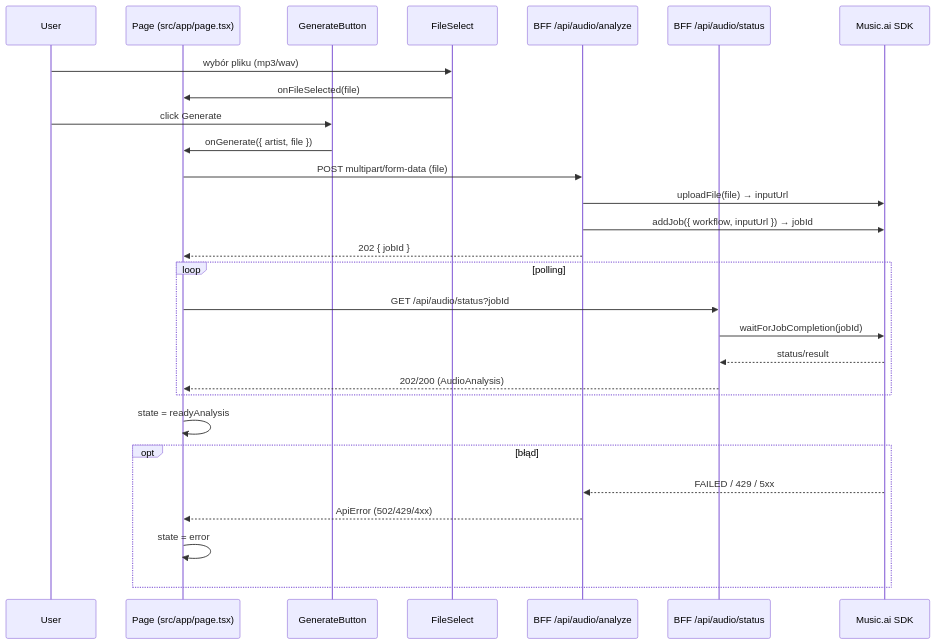
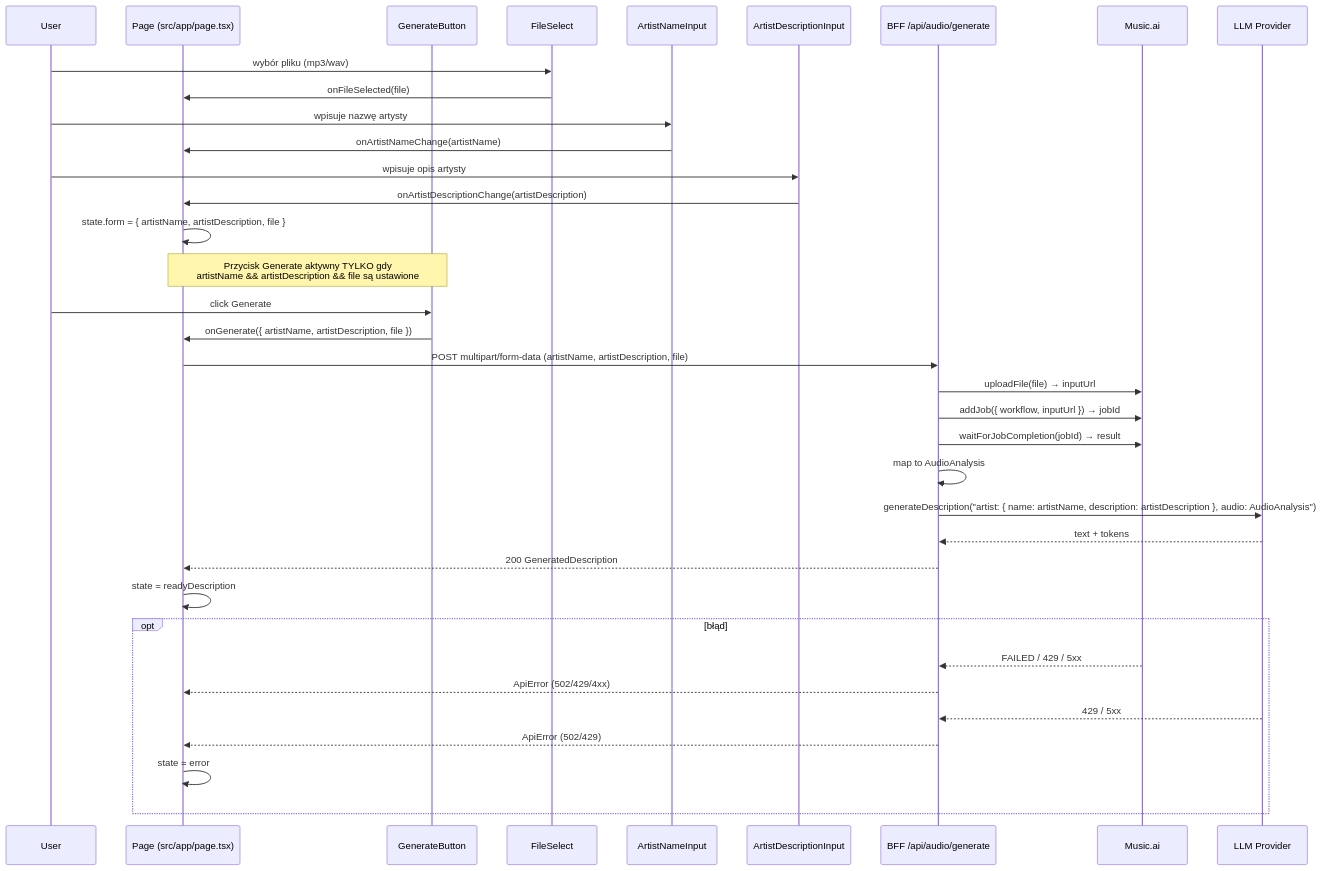
Before and after one commit to RafalWojciechRolsky/artist-amplifier: the second of 3 diagrams in docs/architecture.md, drawn with Mermaid. The commit also changed other lines of this file and 5 other files, not shown here.

Commit message:
refactor: simplify MVP architecture by merging BFF endpoints and removing streaming

````diff
--- a/docs/architecture.md
+++ b/docs/architecture.md
@@ -393,32 +330,49 @@
 ```mermaid
 sequenceDiagram
   participant U as User
   participant P as Page (src/app/page.tsx)
   participant G as GenerateButton
   participant FU as FileSelect
-  participant API as BFF /api/audio/analyze
-  participant APIS as BFF /api/audio/status
-  participant MAI as Music.ai SDK
+  participant AN as ArtistNameInput
+  participant AD as ArtistDescriptionInput
+  participant API as BFF /api/audio/generate
+  participant MAI as Music.ai
+  participant LLM as LLM Provider
 
   U->>FU: wybór pliku (mp3/wav)
   FU->>P: onFileSelected(file)
+
+  U->>AN: wpisuje nazwę artysty
+  AN->>P: onArtistNameChange(artistName)
+
+  U->>AD: wpisuje opis artysty
+  AD->>P: onArtistDescriptionChange(artistDescription)
+
+  P->>P: state.form = { artistName, artistDescription, file }
+
+  Note over P,G: Przycisk Generate aktywny TYLKO gdy<br/>artistName && artistDescription && file są ustawione
+
   U->>G: click Generate
-  G->>P: onGenerate({ artist, file })
-  P->>API: POST multipart/form-data (file)
+  G->>P: onGenerate({ artistName, artistDescription, file })
+
+  P->>API: POST multipart/form-data (artistName, artistDescription, file)
+
   API->>MAI: uploadFile(file) → inputUrl
   API->>MAI: addJob({ workflow, inputUrl }) → jobId
-  API-->>P: 202 { jobId }
-  loop polling
-    P->>APIS: GET /api/audio/status?jobId
-    APIS->>MAI: waitForJobCompletion(jobId)
-    MAI-->>APIS: status/result
-    APIS-->>P: 202/200 (AudioAnalysis)
-  end
-  P->>P: state = readyAnalysis
+  API->>MAI: waitForJobCompletion(jobId) → result
+  API->>API: map to AudioAnalysis
+
+  API->>LLM: generateDescription("artist: { name: artistName, description: artistDescription }, audio: AudioAnalysis")
+  LLM-->>API: text + tokens
+
+  API-->>P: 200 GeneratedDescription
+  P->>P: state = readyDescription
 
   opt błąd
     MAI-->>API: FAILED / 429 / 5xx
     API-->>P: ApiError (502/429/4xx)
+    LLM-->>API: 429 / 5xx
+    API-->>P: ApiError (502/429)
     P->>P: state = error
   end
 ```
````
